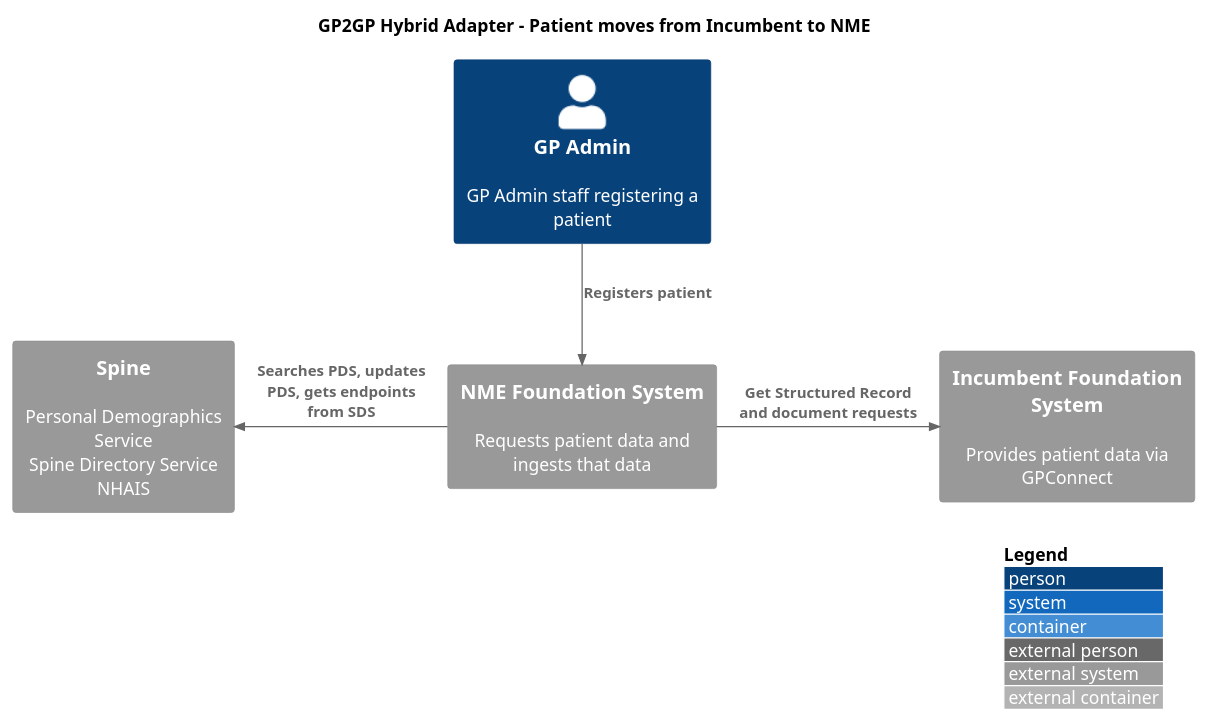
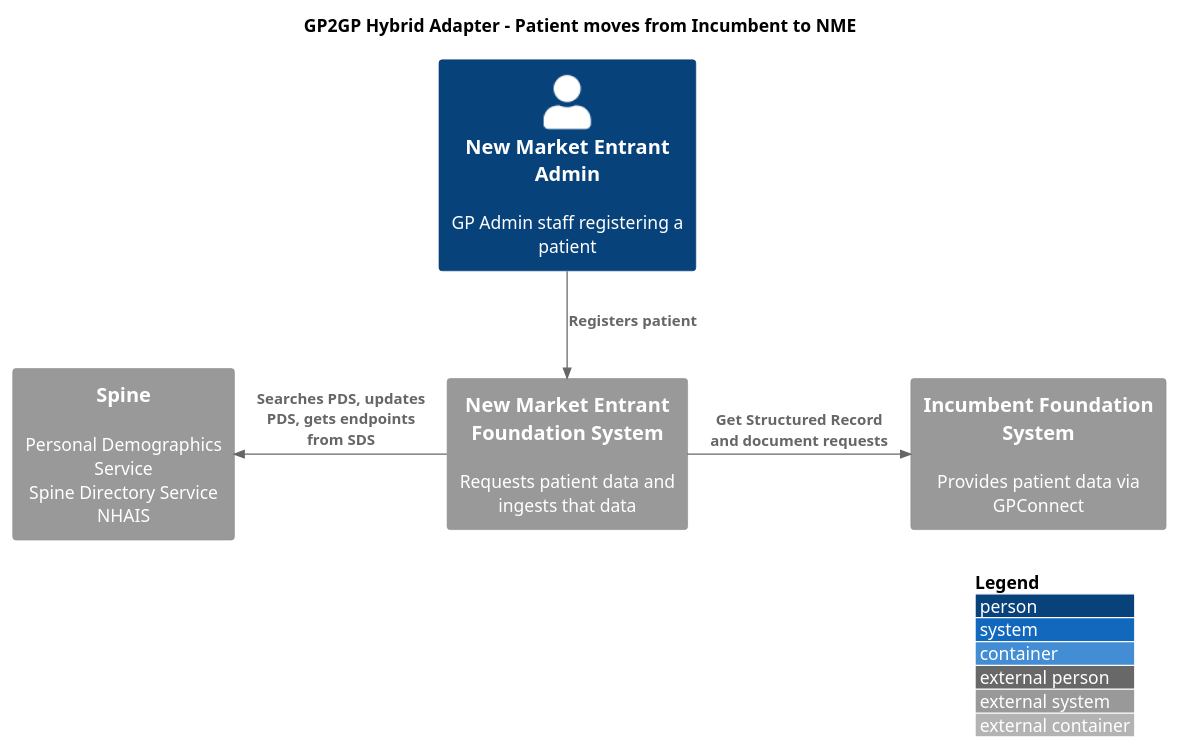
The diagram in architecture/system-context-incumbent-to-nme.puml (NHSDigital/integration-adaptor-gp2gp), drawn with PlantUML before and after one commit. The commit also changed 3 other files, not shown here.

```diff
--- a/architecture/system-context-incumbent-to-nme.puml
+++ b/architecture/system-context-incumbent-to-nme.puml
@@ -1,19 +1,19 @@
 @startuml 
 !includeurl https://raw.githubusercontent.com/RicardoNiepel/C4-PlantUML/release/1-0/C4_Container.puml
 
 title GP2GP Hybrid Adapter - Patient moves from Incumbent to NME
 
 LAYOUT_WITH_LEGEND()
 
-Person(gp, "GP Admin", "GP Admin staff registering a patient")
+Person(gp, "New Market Entrant Admin", "GP Admin staff registering a patient")
 System_Ext(requestor, "Incumbent Foundation System", "Provides patient data via GPConnect")
 
 System_Ext(spine, "Spine", "Personal Demographics Service\nSpine Directory Service\nNHAIS")
 
-System_Ext(sendersSystem, "NME Foundation System", "Requests patient data and ingests that data")
+System_Ext(sendersSystem, "New Market Entrant Foundation System", "Requests patient data and ingests that data")
 
 Rel(gp, sendersSystem, "Registers patient")
 Rel_L(sendersSystem, spine, "Searches PDS, updates PDS, gets endpoints from SDS")
 Rel_R(sendersSystem, requestor, "Get Structured Record and document requests")
 
 @enduml
```
